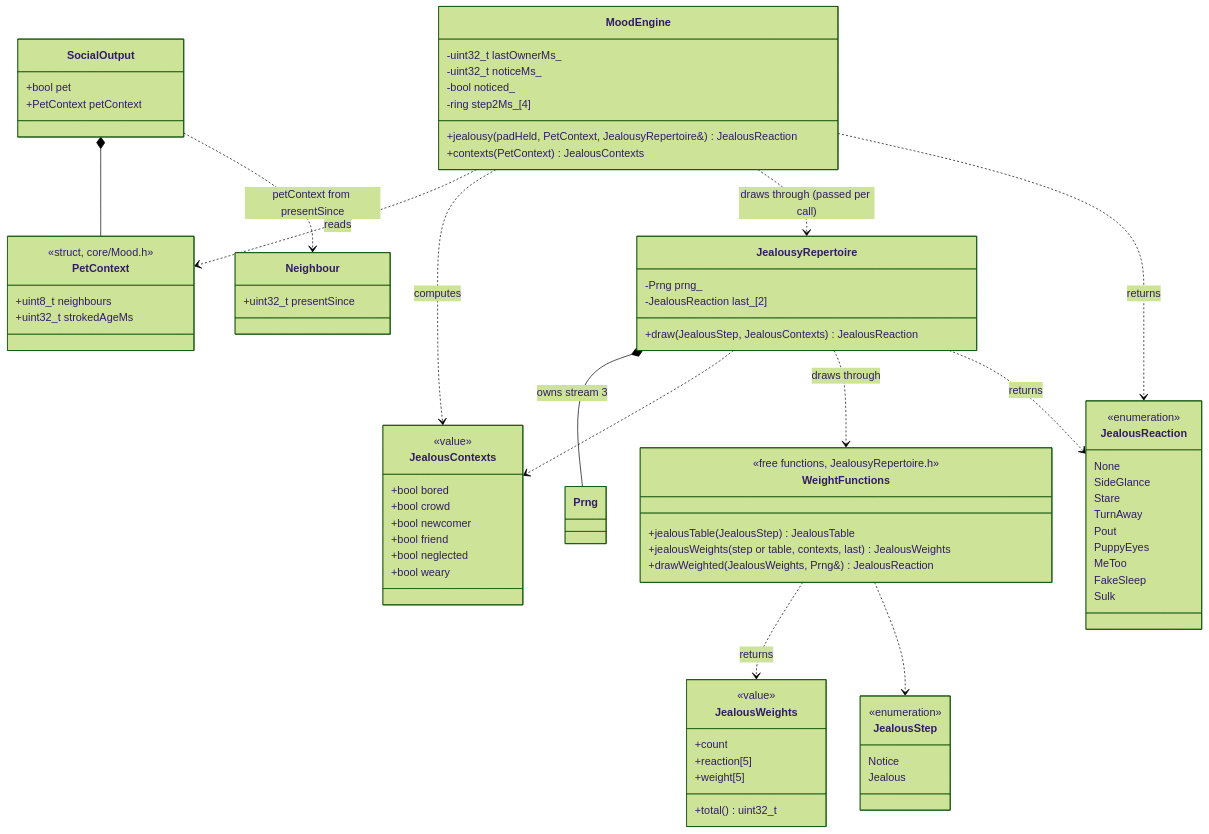
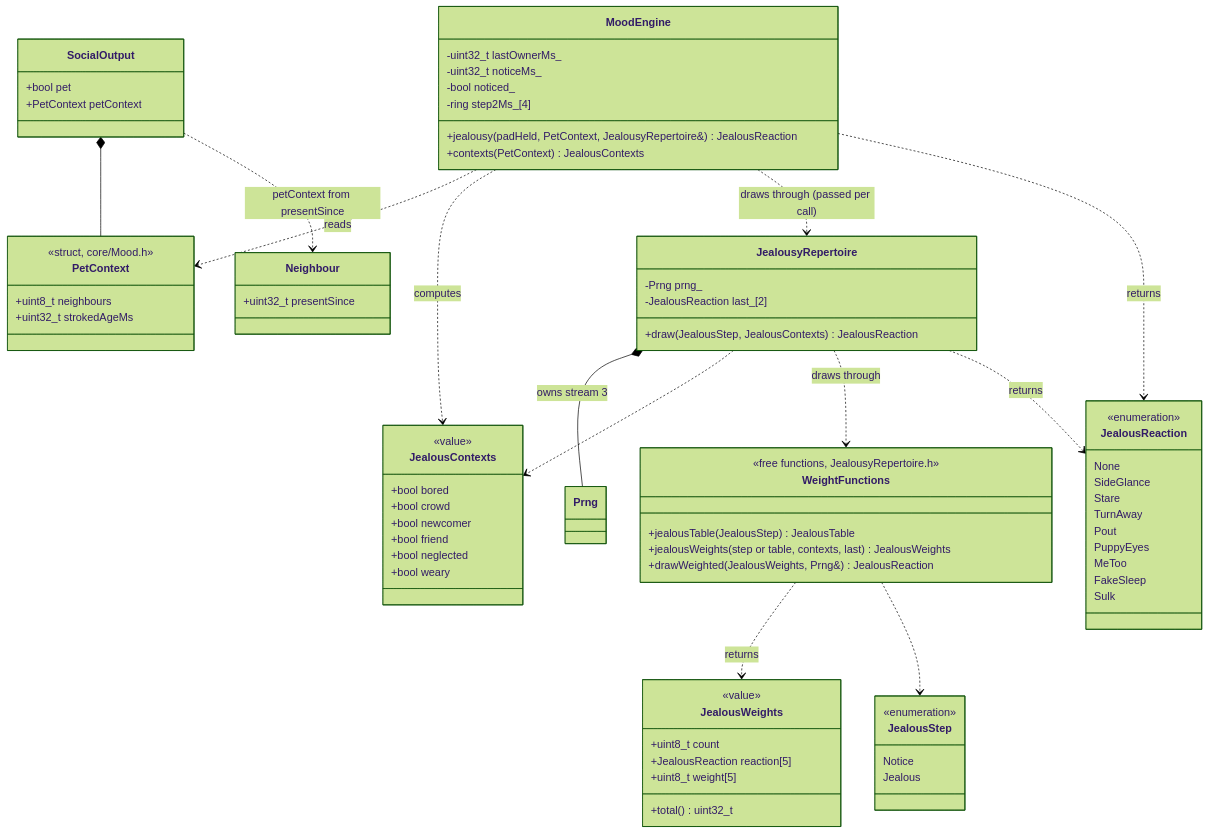
One commit to benoit-bremaud/cubbies changed the diagram in docs/architecture/diagrams/social-group/04-class-jealousy.md. Above: the diagram before and after it, drawn with Mermaid (forest theme). The commit also changed 1 other file, not shown here.

Commit message:
test(social): pin that a caught yawn keeps a G6a notice
Adversarial review round 2 (Should): the yawn half of the 05e rule.

````diff
--- a/docs/architecture/diagrams/social-group/04-class-jealousy.md
+++ b/docs/architecture/diagrams/social-group/04-class-jealousy.md
@@ -20,81 +20,81 @@
 ```mermaid
 classDiagram
   class PetContext {
     <<struct, core/Mood.h>>
     +uint8_t neighbours
     +uint32_t strokedAgeMs
   }
   class JealousContexts {
     <<value>>
     +bool bored
     +bool crowd
     +bool newcomer
     +bool friend
     +bool neglected
     +bool weary
   }
   class JealousReaction {
     <<enumeration>>
     None
     SideGlance
     Stare
     TurnAway
     Pout
     PuppyEyes
     MeToo
     FakeSleep
     Sulk
   }
   class JealousStep {
     <<enumeration>>
     Notice
     Jealous
   }
   class JealousWeights {
     <<value>>
-    +count
-    +reaction[5]
-    +weight[5]
+    +uint8_t count
+    +JealousReaction reaction[5]
+    +uint8_t weight[5]
     +total() uint32_t
   }
   class JealousyRepertoire {
     -Prng prng_
     -JealousReaction last_[2]
     +draw(JealousStep, JealousContexts) JealousReaction
   }
   class WeightFunctions {
     <<free functions, JealousyRepertoire.h>>
     +jealousTable(JealousStep) JealousTable
     +jealousWeights(step or table, contexts, last) JealousWeights
     +drawWeighted(JealousWeights, Prng&) JealousReaction
   }
   class MoodEngine {
     -uint32_t lastOwnerMs_
     -uint32_t noticeMs_
     -bool noticed_
     -ring step2Ms_[4]
     +jealousy(padHeld, PetContext, JealousyRepertoire&) JealousReaction
     +contexts(PetContext) JealousContexts
   }
   class SocialOutput {
     +bool pet
     +PetContext petContext
   }
   class Neighbour {
     +uint32_t presentSince
   }
   class Prng
 
   SocialOutput *-- PetContext
   JealousyRepertoire *-- Prng : owns stream 3
   MoodEngine ..> PetContext : reads
   MoodEngine ..> JealousContexts : computes
   MoodEngine ..> JealousyRepertoire : draws through (passed per call)
   JealousyRepertoire ..> JealousContexts
   JealousyRepertoire ..> WeightFunctions : draws through
   WeightFunctions ..> JealousWeights : returns
   WeightFunctions ..> JealousStep
   JealousyRepertoire ..> JealousReaction : returns
   MoodEngine ..> JealousReaction : returns
   SocialOutput ..> Neighbour : petContext from presentSince
 ```
````
